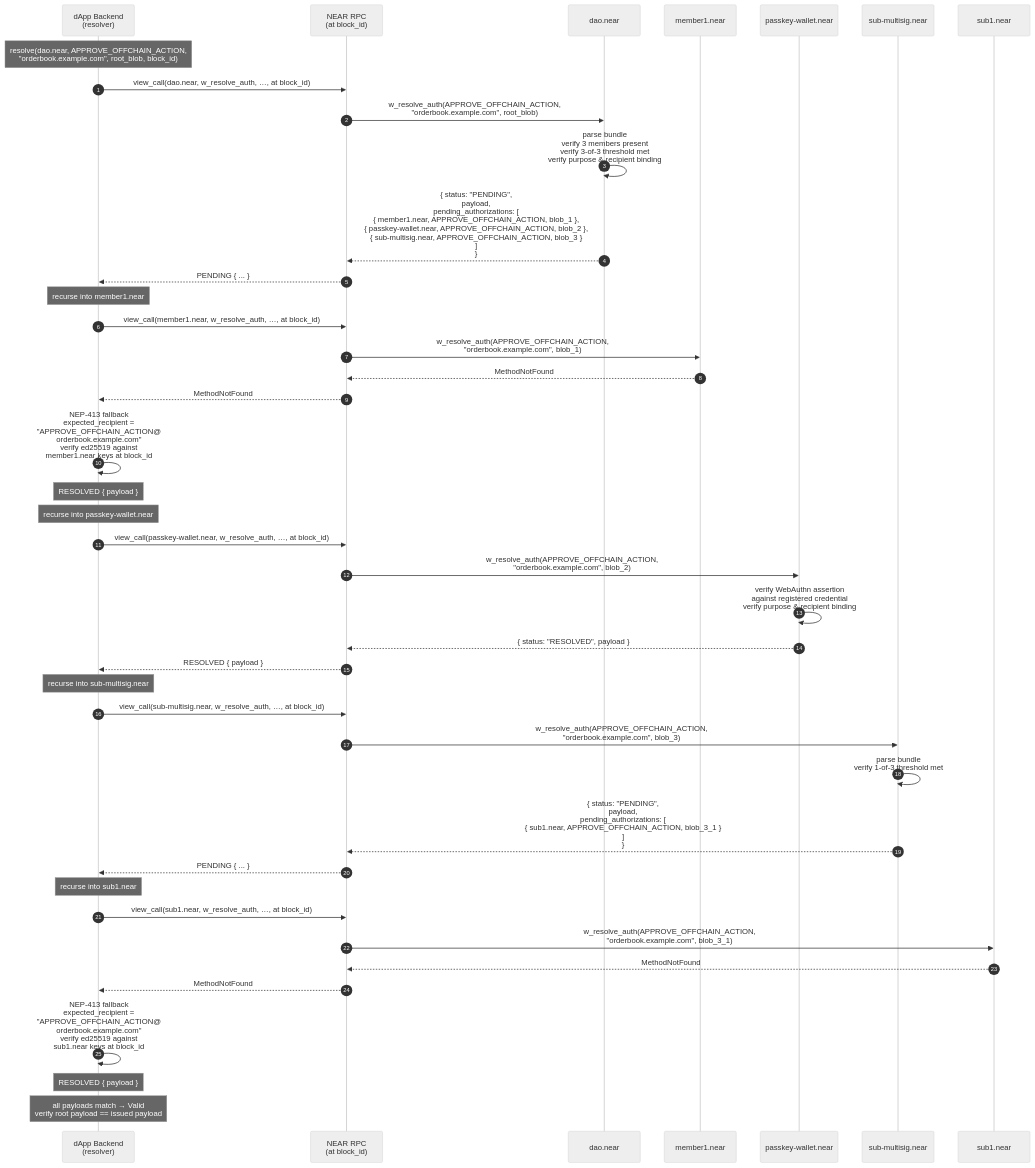
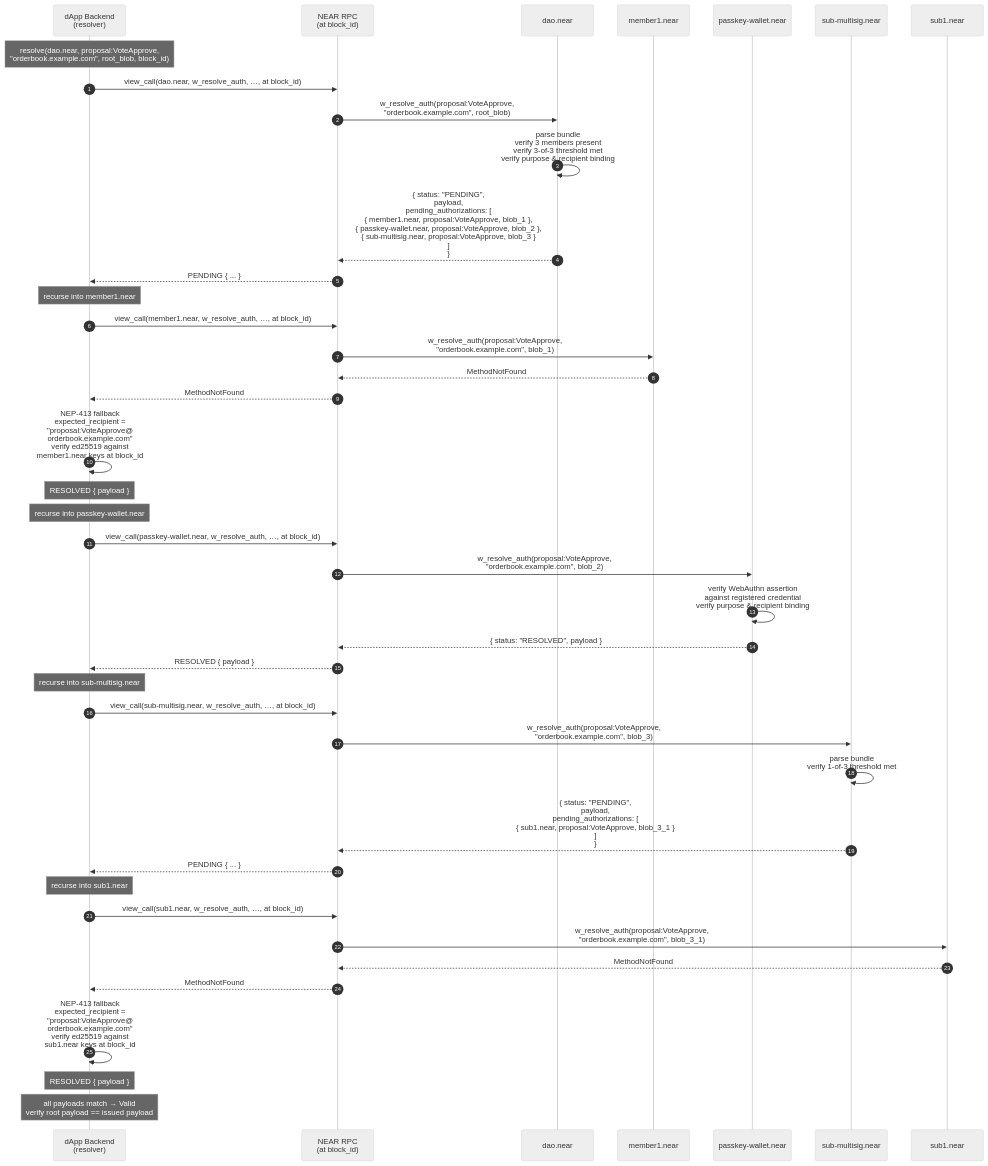
Before and after one commit to near/NEPs: the fourth of 4 diagrams in neps/nep-0641.md, drawn with Mermaid (neutral theme). The commit also changed other lines of this file, not shown here.

Commit message:
Addressing feedback: relaxing 'purpose' field, clarifying the main motivation for the NEP, explicitly mentioning MPC usecase

````diff
--- a/neps/nep-0641.md
+++ b/neps/nep-0641.md
@@ -591,50 +603,50 @@
 ```mermaid
 sequenceDiagram
     autonumber
     participant BE as dApp Backend<br/>(resolver)
     participant RPC as NEAR RPC<br/>(at block_id)
     participant DAO as dao.near
     participant M1 as member1.near
     participant PK as passkey-wallet.near
     participant SUB as sub-multisig.near
     participant S1 as sub1.near
 
-    Note over BE: resolve(dao.near, APPROVE_OFFCHAIN_ACTION,<br/>"orderbook.example.com", root_blob, block_id)
+    Note over BE: resolve(dao.near, proposal:VoteApprove,<br/>"orderbook.example.com", root_blob, block_id)
     BE->>RPC: view_call(dao.near, w_resolve_auth, …, at block_id)
-    RPC->>DAO: w_resolve_auth(APPROVE_OFFCHAIN_ACTION,<br/>"orderbook.example.com", root_blob)
+    RPC->>DAO: w_resolve_auth(proposal:VoteApprove,<br/>"orderbook.example.com", root_blob)
     DAO->>DAO: parse bundle<br/>verify 3 members present<br/>verify 3-of-3 threshold met<br/>verify purpose & recipient binding
-    DAO-->>RPC: { status: "PENDING",<br/>  payload,<br/>  pending_authorizations: [<br/>    { member1.near, APPROVE_OFFCHAIN_ACTION, blob_1 },<br/>    { passkey-wallet.near, APPROVE_OFFCHAIN_ACTION, blob_2 },<br/>    { sub-multisig.near, APPROVE_OFFCHAIN_ACTION, blob_3 }<br/>  ]<br/>}
+    DAO-->>RPC: { status: "PENDING",<br/>  payload,<br/>  pending_authorizations: [<br/>    { member1.near, proposal:VoteApprove, blob_1 },<br/>    { passkey-wallet.near, proposal:VoteApprove, blob_2 },<br/>    { sub-multisig.near, proposal:VoteApprove, blob_3 }<br/>  ]<br/>}
     RPC-->>BE: PENDING { ... }
 
     Note over BE: recurse into member1.near
     BE->>RPC: view_call(member1.near, w_resolve_auth, …, at block_id)
-    RPC->>M1: w_resolve_auth(APPROVE_OFFCHAIN_ACTION,<br/>"orderbook.example.com", blob_1)
+    RPC->>M1: w_resolve_auth(proposal:VoteApprove,<br/>"orderbook.example.com", blob_1)
     M1-->>RPC: MethodNotFound
     RPC-->>BE: MethodNotFound
-    BE->>BE: NEP-413 fallback<br/>expected_recipient =<br/>"APPROVE_OFFCHAIN_ACTION@<br/>orderbook.example.com"<br/>verify ed25519 against<br/>member1.near keys at block_id
+    BE->>BE: NEP-413 fallback<br/>expected_recipient =<br/>"proposal:VoteApprove@<br/>orderbook.example.com"<br/>verify ed25519 against<br/>member1.near keys at block_id
     Note over BE: RESOLVED { payload }
 
     Note over BE: recurse into passkey-wallet.near
     BE->>RPC: view_call(passkey-wallet.near, w_resolve_auth, …, at block_id)
-    RPC->>PK: w_resolve_auth(APPROVE_OFFCHAIN_ACTION,<br/>"orderbook.example.com", blob_2)
+    RPC->>PK: w_resolve_auth(proposal:VoteApprove,<br/>"orderbook.example.com", blob_2)
     PK->>PK: verify WebAuthn assertion<br/>against registered credential<br/>verify purpose & recipient binding
     PK-->>RPC: { status: "RESOLVED", payload }
     RPC-->>BE: RESOLVED { payload }
 
     Note over BE: recurse into sub-multisig.near
     BE->>RPC: view_call(sub-multisig.near, w_resolve_auth, …, at block_id)
-    RPC->>SUB: w_resolve_auth(APPROVE_OFFCHAIN_ACTION,<br/>"orderbook.example.com", blob_3)
+    RPC->>SUB: w_resolve_auth(proposal:VoteApprove,<br/>"orderbook.example.com", blob_3)
     SUB->>SUB: parse bundle<br/>verify 1-of-3 threshold met
-    SUB-->>RPC: { status: "PENDING",<br/>  payload,<br/>  pending_authorizations: [<br/>    { sub1.near, APPROVE_OFFCHAIN_ACTION, blob_3_1 }<br/>  ]<br/>}
+    SUB-->>RPC: { status: "PENDING",<br/>  payload,<br/>  pending_authorizations: [<br/>    { sub1.near, proposal:VoteApprove, blob_3_1 }<br/>  ]<br/>}
     RPC-->>BE: PENDING { ... }
 
     Note over BE: recurse into sub1.near
     BE->>RPC: view_call(sub1.near, w_resolve_auth, …, at block_id)
-    RPC->>S1: w_resolve_auth(APPROVE_OFFCHAIN_ACTION,<br/>"orderbook.example.com", blob_3_1)
+    RPC->>S1: w_resolve_auth(proposal:VoteApprove,<br/>"orderbook.example.com", blob_3_1)
     S1-->>RPC: MethodNotFound
     RPC-->>BE: MethodNotFound
-    BE->>BE: NEP-413 fallback<br/>expected_recipient =<br/>"APPROVE_OFFCHAIN_ACTION@<br/>orderbook.example.com"<br/>verify ed25519 against<br/>sub1.near keys at block_id
+    BE->>BE: NEP-413 fallback<br/>expected_recipient =<br/>"proposal:VoteApprove@<br/>orderbook.example.com"<br/>verify ed25519 against<br/>sub1.near keys at block_id
     Note over BE: RESOLVED { payload }
 
     Note over BE: all payloads match → Valid<br/>verify root payload == issued payload
 ```
````
